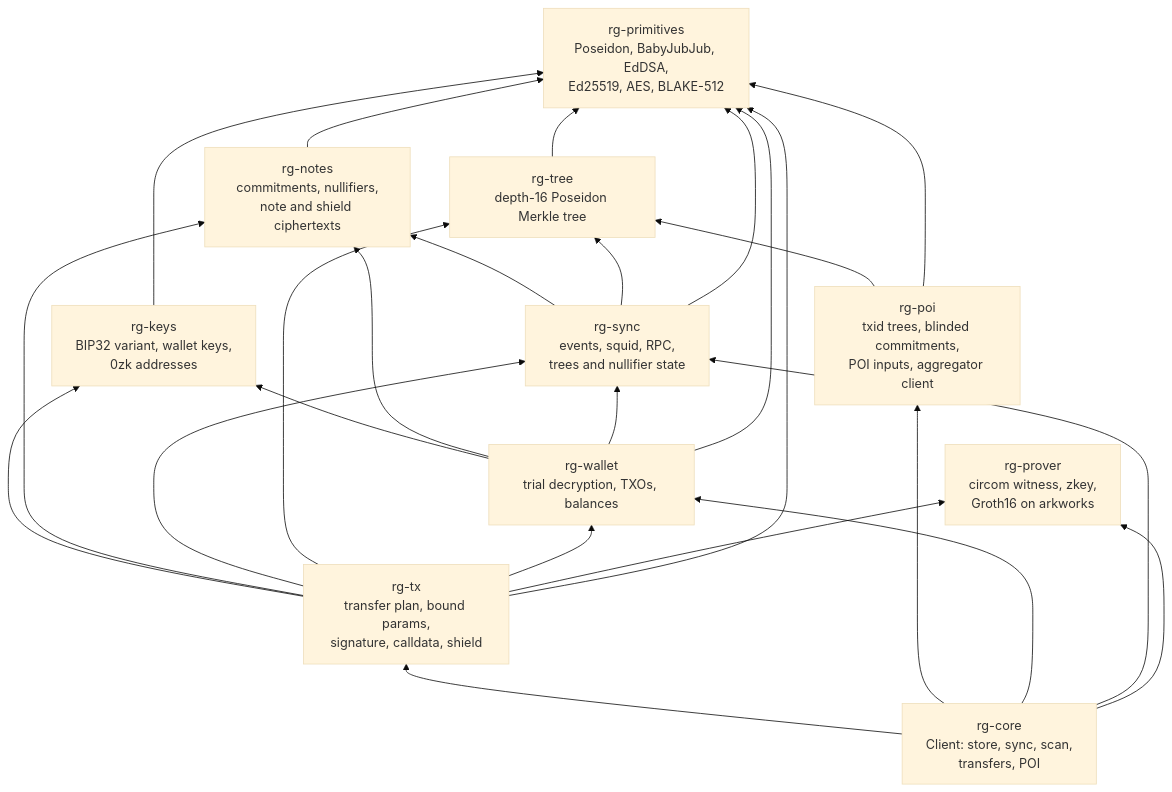
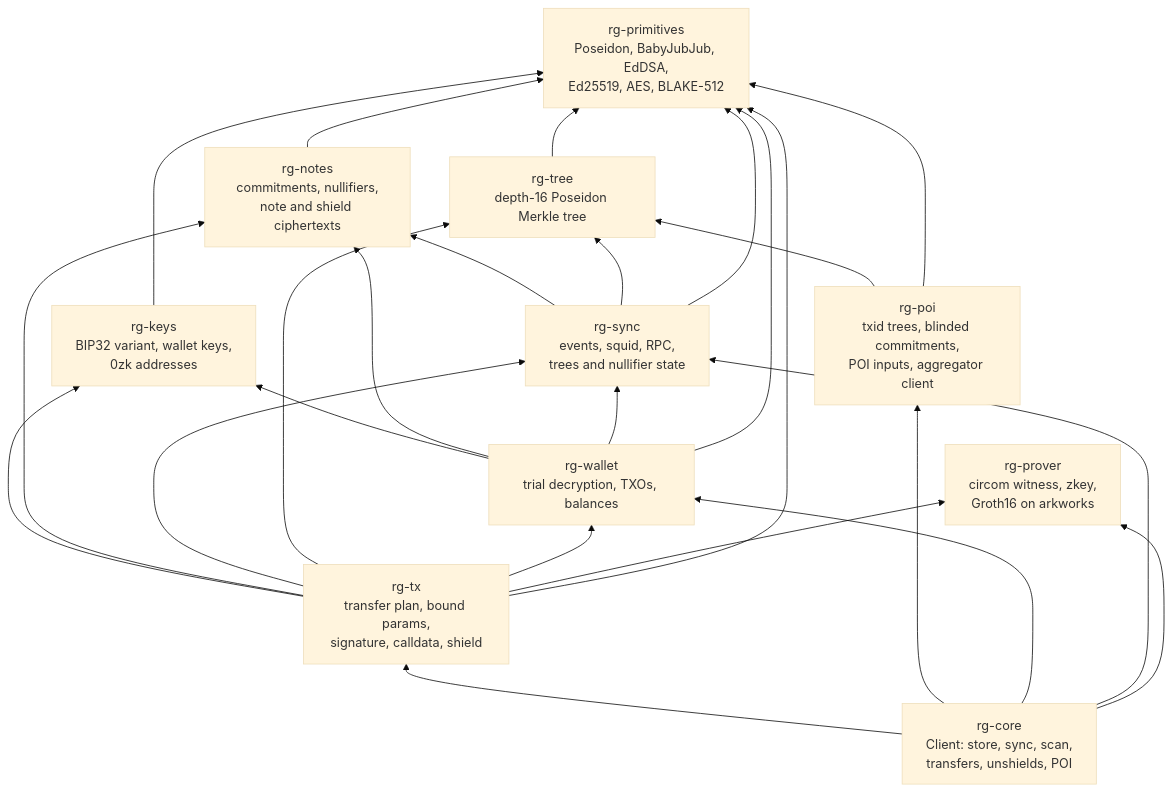
One commit to hewigovens/railgun.rs changed the first of 5 diagrams in docs/architecture.md. Above: the diagram before and after it, drawn with Mermaid (base theme). The commit also changed other lines of this file and 9 other files, not shown here.

First line of the commit message:
Add unshields and multi-note spending, with POI for both

````diff
--- a/docs/architecture.md
+++ b/docs/architecture.md
@@ -9,38 +9,38 @@
 ```mermaid
 flowchart BT
     primitives["rg-primitives<br/>Poseidon, BabyJubJub, EdDSA,<br/>Ed25519, AES, BLAKE-512"]
     keys["rg-keys<br/>BIP32 variant, wallet keys,<br/>0zk addresses"]
     notes["rg-notes<br/>commitments, nullifiers,<br/>note and shield ciphertexts"]
     tree["rg-tree<br/>depth-16 Poseidon Merkle tree"]
     sync["rg-sync<br/>events, squid, RPC,<br/>trees and nullifier state"]
     wallet["rg-wallet<br/>trial decryption, TXOs, balances"]
     prover["rg-prover<br/>circom witness, zkey,<br/>Groth16 on arkworks"]
     tx["rg-tx<br/>transfer plan, bound params,<br/>signature, calldata, shield"]
     poi["rg-poi<br/>txid trees, blinded commitments,<br/>POI inputs, aggregator client"]
 
     keys --> primitives
     notes --> primitives
     tree --> primitives
     sync --> notes
     sync --> tree
     sync --> primitives
     wallet --> keys
     wallet --> notes
     wallet --> sync
     wallet --> primitives
     tx --> keys
     tx --> notes
     tx --> sync
     tx --> tree
     tx --> wallet
     tx --> prover
     tx --> primitives
     poi --> tree
     poi --> primitives
-    core["rg-core<br/>Client: store, sync, scan,<br/>transfers, POI"]
+    core["rg-core<br/>Client: store, sync, scan,<br/>transfers, unshields, POI"]
     core --> tx
     core --> poi
     core --> wallet
     core --> sync
     core --> prover
 ```
````
